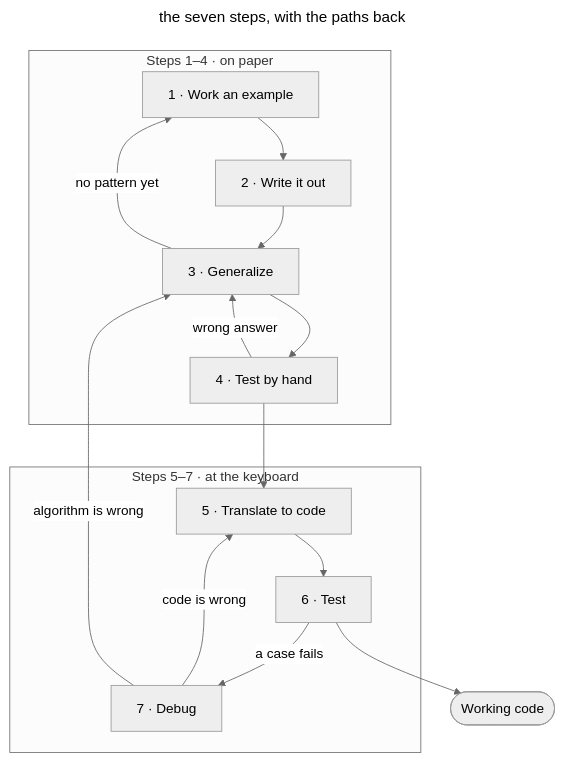
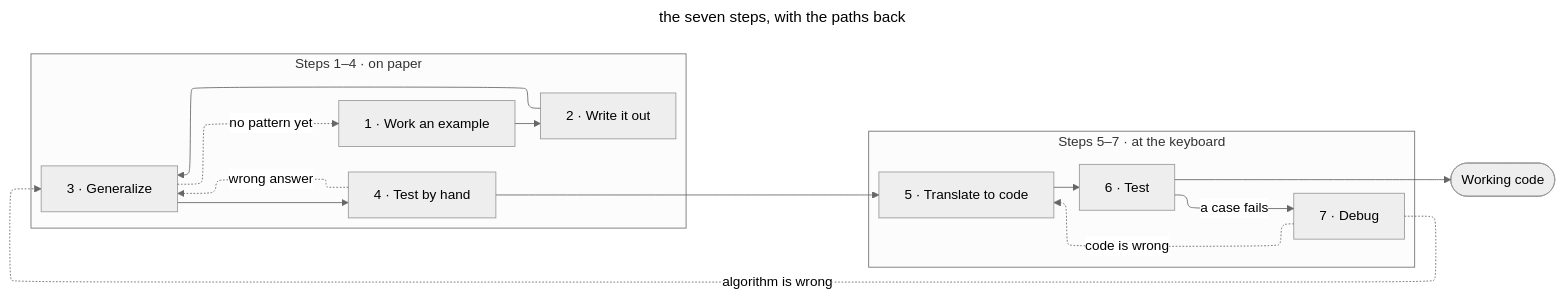
One commit to Laticent/lattice changed the diagram in examples/seven-steps-problem-to-code.md. Above: the diagram before and after it, drawn with Mermaid (neutral theme). The commit also changed 2 other files, not shown here.

First paragraph of the commit message:
examples(deck): move the Seven Steps flowchart to the elk layout
Author preference, restated: the elk-rendered grouped flowchart is the
shape this slide should ship. Outer LR with the two lanes as subgraphs;
back-edges dotted so the forward spine still reads against them.

````diff
--- a/examples/seven-steps-problem-to-code.md
+++ b/examples/seven-steps-problem-to-code.md
@@ -202,21 +202,24 @@
 ```mermaid
 ---
 title: the seven steps, with the paths back
 ---
-flowchart TB
+%%{init: {"flowchart": {"defaultRenderer": "elk"}}}%%
+flowchart LR
   subgraph paper["Steps 1–4 · on paper"]
+    direction TB
     S1["1 · Work an example"] --> S2["2 · Write it out"]
     S2 --> S3["3 · Generalize"]
     S3 --> S4["4 · Test by hand"]
-    S4 -->|"wrong answer"| S3
-    S3 -->|"no pattern yet"| S1
   end
   subgraph machine["Steps 5–7 · at the keyboard"]
+    direction TB
     S5["5 · Translate to code"] --> S6["6 · Test"]
     S6 -->|"a case fails"| S7["7 · Debug"]
-    S7 -->|"code is wrong"| S5
   end
   S4 --> S5
   S6 --> OK(["Working code"])
-  S7 -->|"algorithm is wrong"| S3
+  S4 -.->|"wrong answer"| S3
+  S3 -.->|"no pattern yet"| S1
+  S7 -.->|"code is wrong"| S5
+  S7 -.->|"algorithm is wrong"| S3
 ```
````
